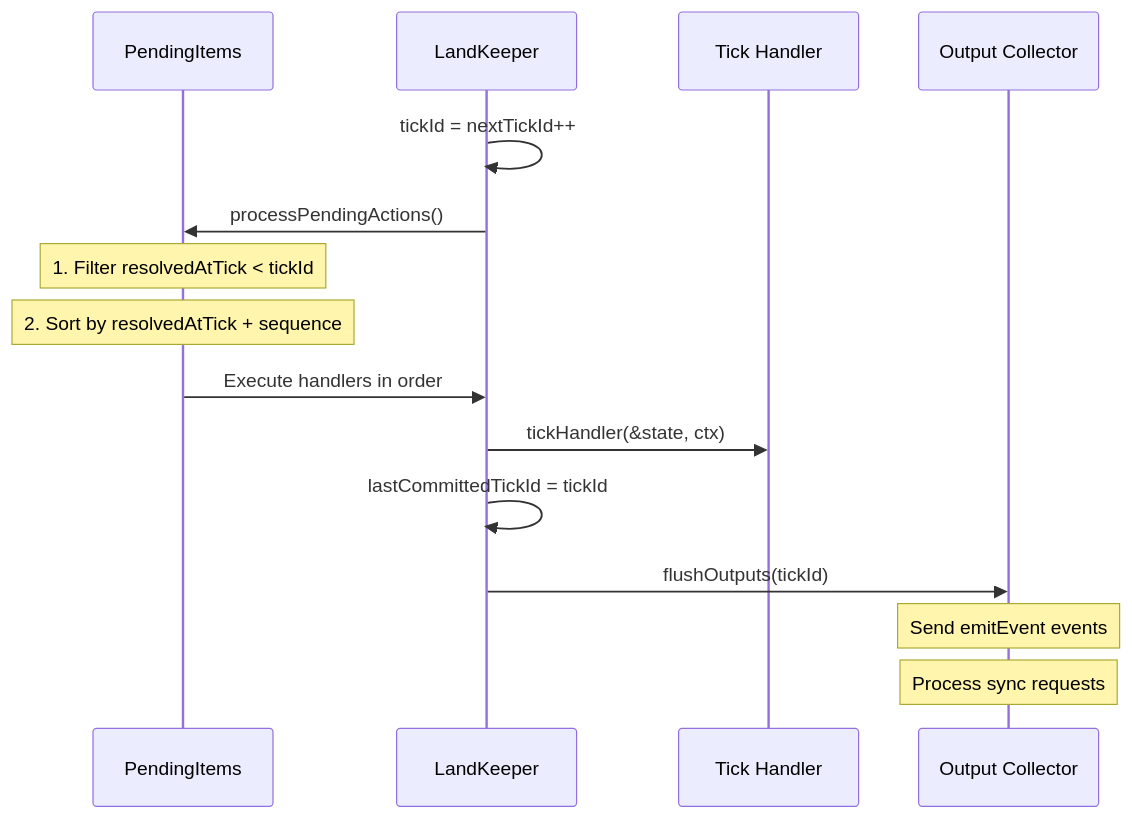
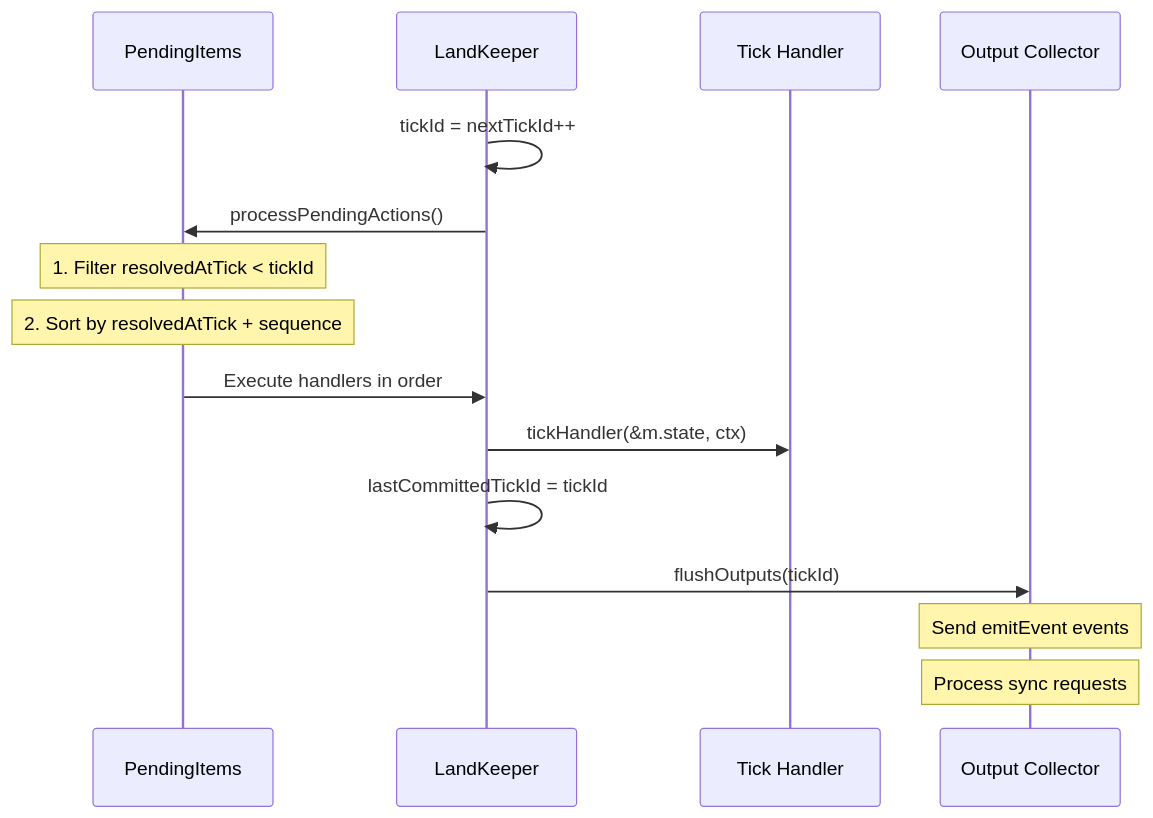
Before and after one commit to gmliao/swift-state-tree: the second of 2 diagrams in docs/core/runtime.md, drawn with Mermaid. The commit also changed other lines of this file and 4 other files, not shown here.

````diff
--- a/docs/core/runtime.md
+++ b/docs/core/runtime.md
@@ -294,18 +294,18 @@
 ```mermaid
 sequenceDiagram
     participant Queue as PendingItems
     participant Keeper as LandKeeper
     participant Handler as Tick Handler
     participant Output as Output Collector
 
     Keeper->>Keeper: tickId = nextTickId++
     Keeper->>Queue: processPendingActions()
     Note over Queue: 1. Filter resolvedAtTick < tickId
     Note over Queue: 2. Sort by resolvedAtTick + sequence
     Queue->>Keeper: Execute handlers in order
-    Keeper->>Handler: tickHandler(&state, ctx)
+    Keeper->>Handler: tickHandler(&m.state, ctx)
     Keeper->>Keeper: lastCommittedTickId = tickId
     Keeper->>Output: flushOutputs(tickId)
     Note over Output: Send emitEvent events
     Note over Output: Process sync requests
 ```
````
